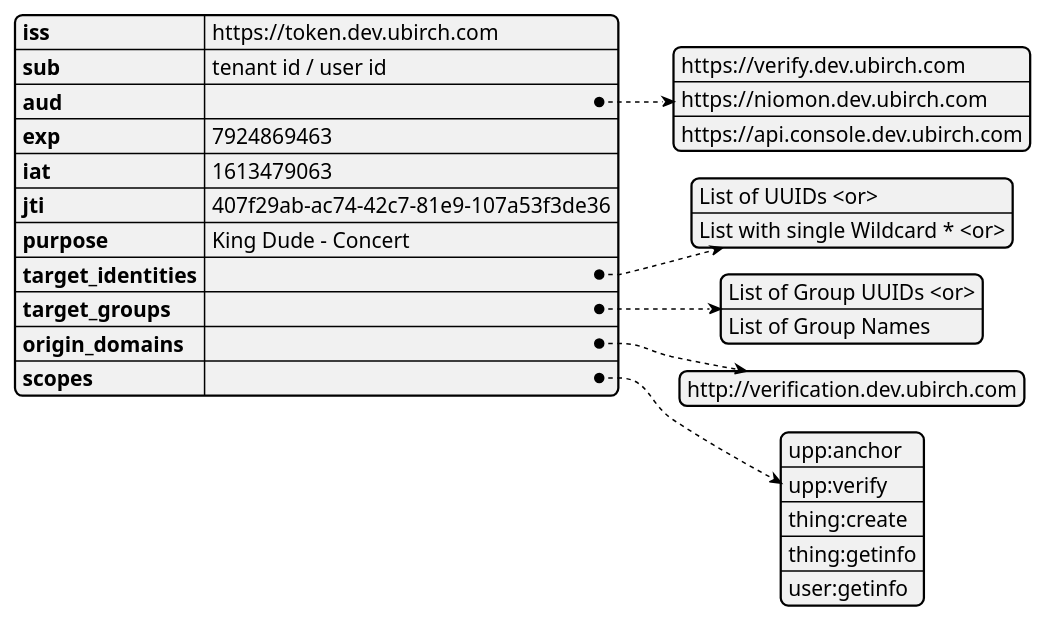
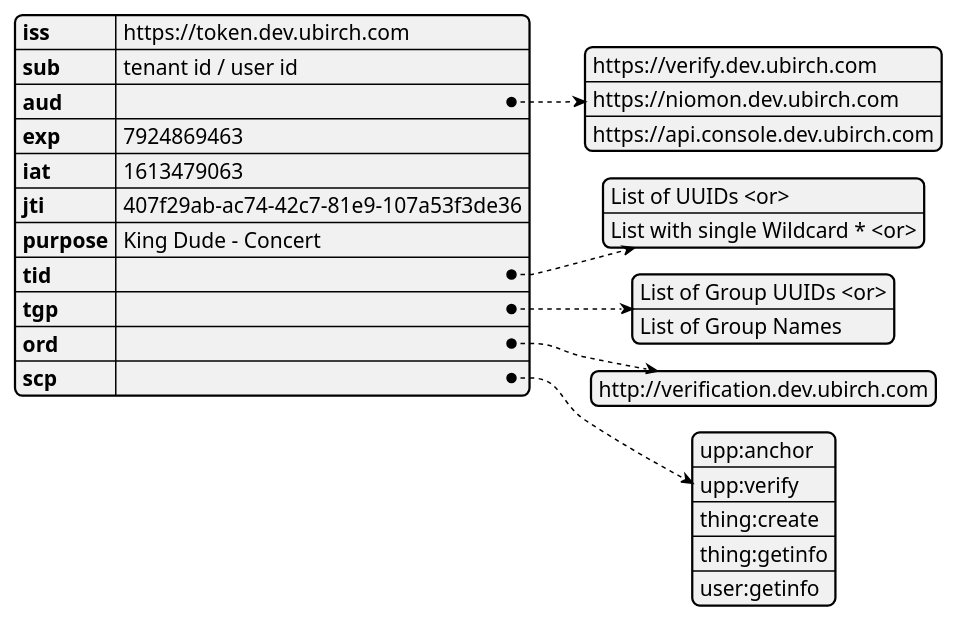
The diagram in DataPayload.puml (ubirch/ubirch-token-manager), drawn with PlantUML before and after one commit. The commit also changed 2 other files, not shown here.

```diff
--- a/DataPayload.puml
+++ b/DataPayload.puml
@@ -1,27 +1,27 @@
 @startjson
 {
   "iss": "https://token.dev.ubirch.com",
   "sub": "tenant id / user id",
   "aud": [
     "https://verify.dev.ubirch.com",
     "https://niomon.dev.ubirch.com",
     "https://api.console.dev.ubirch.com"
     ],
   "exp": 7924869463,
   "iat": 1613479063,
   "jti": "407f29ab-ac74-42c7-81e9-107a53f3de36",
   "purpose": "King Dude - Concert",
-  "target_identities": ["List of UUIDs <or>", "List with single Wildcard * <or>"],
-  "target_groups": ["List of Group UUIDs <or>", "List of Group Names"],
-  "origin_domains": [
+  "tid": ["List of UUIDs <or>", "List with single Wildcard * <or>"],
+  "tgp": ["List of Group UUIDs <or>", "List of Group Names"],
+  "ord": [
     "http://verification.dev.ubirch.com"
   ],
-  "scopes": [
+  "scp": [
      "upp:anchor",
      "upp:verify",
      "thing:create",
      "thing:getinfo",
      "user:getinfo"
   ]
 }
 @endjson
```
